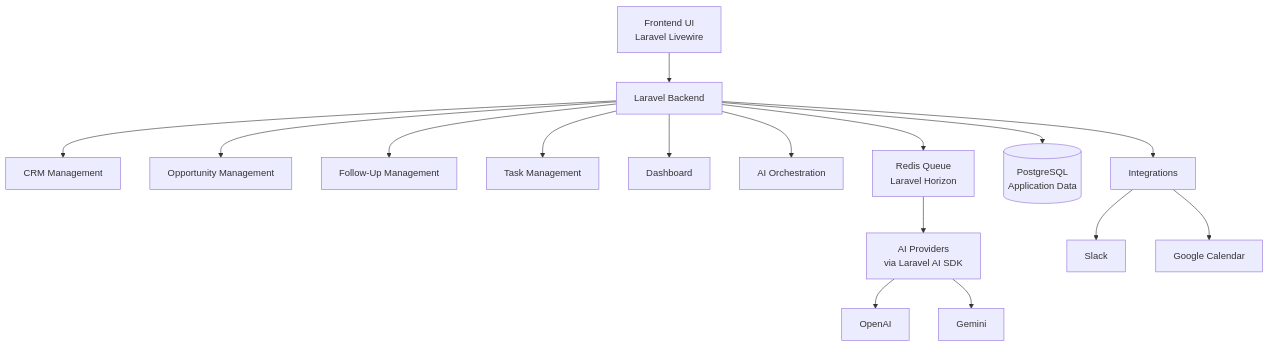
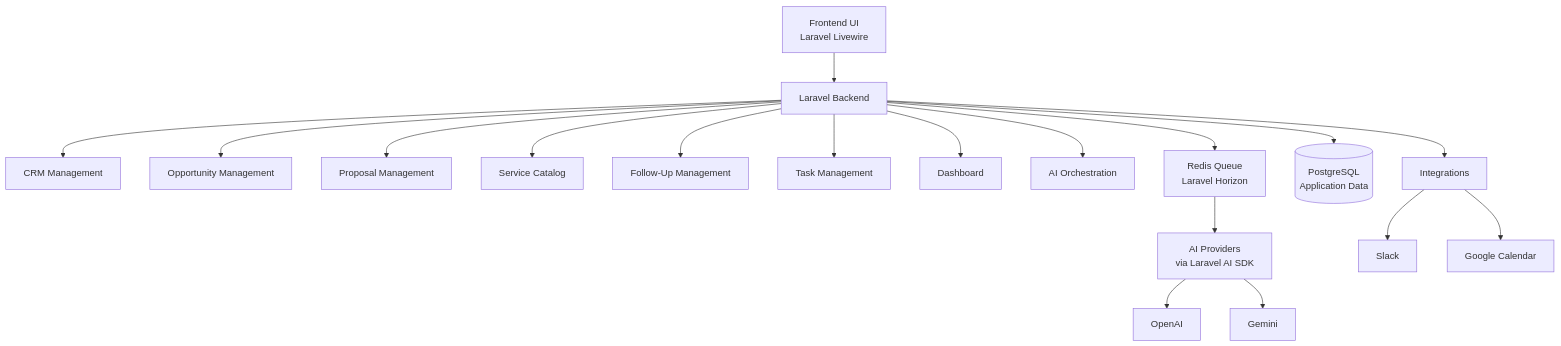
One commit to rogerio-pereira/CRM_AI changed the first of 2 diagrams in docs/02 HLD.md. Above: the diagram before and after it, drawn with Mermaid. The commit also changed other lines of this file and 2 other files, not shown here.

First line of the commit message:
docs(product): align PRD, HLD, and Design System with proposals

````diff
--- a/docs/02 HLD.md
+++ b/docs/02 HLD.md
@@ -65,22 +66,24 @@
 ```mermaid
 flowchart TD
     UI[Frontend UI<br/>Laravel Livewire] --> Backend[Laravel Backend]
 
     Backend --> CRM[CRM Management]
     Backend --> Opportunities[Opportunity Management]
+    Backend --> Proposals[Proposal Management]
+    Backend --> Catalog[Service Catalog]
     Backend --> FollowUps[Follow-Up Management]
     Backend --> Tasks[Task Management]
     Backend --> Dashboard[Dashboard]
     Backend --> AIOrchestration[AI Orchestration]
     Backend --> Integrations[Integrations]
 
     Backend --> DB[(PostgreSQL<br/>Application Data)]
     Backend --> Queue[Redis Queue<br/>Laravel Horizon]
 
     Queue --> AIProviders[AI Providers<br/>via Laravel AI SDK]
     AIProviders --> OpenAI[OpenAI]
     AIProviders --> Gemini[Gemini]
 
     Integrations --> Slack[Slack]
     Integrations --> GoogleCalendar[Google Calendar]
 ```
````
